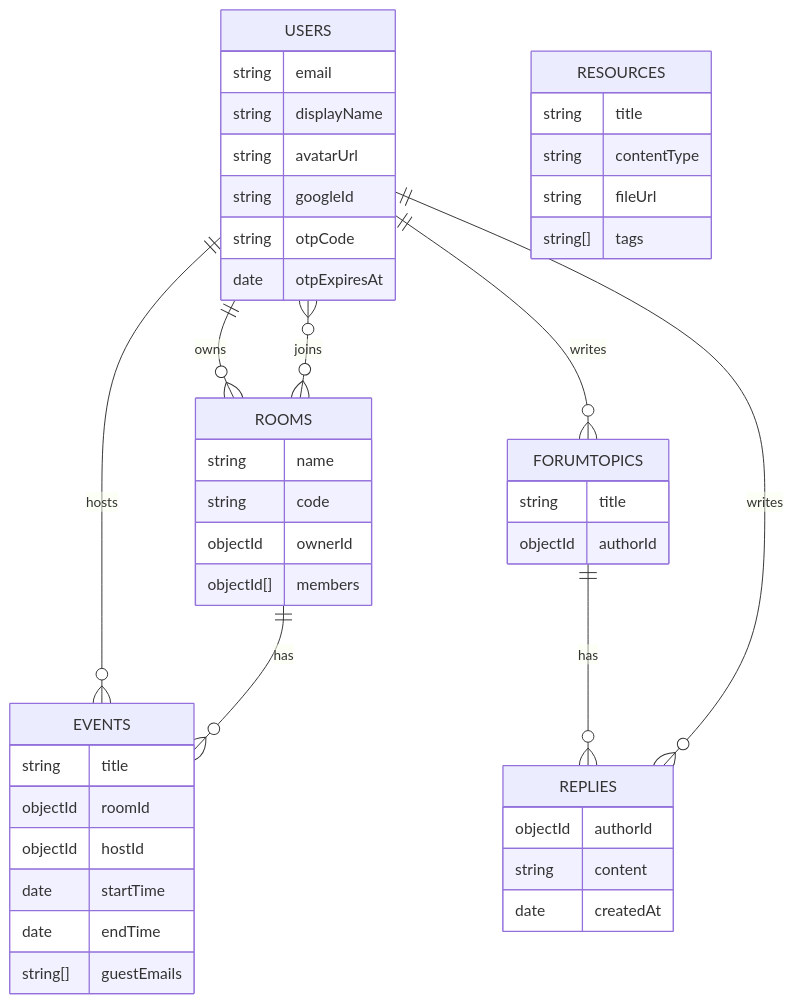
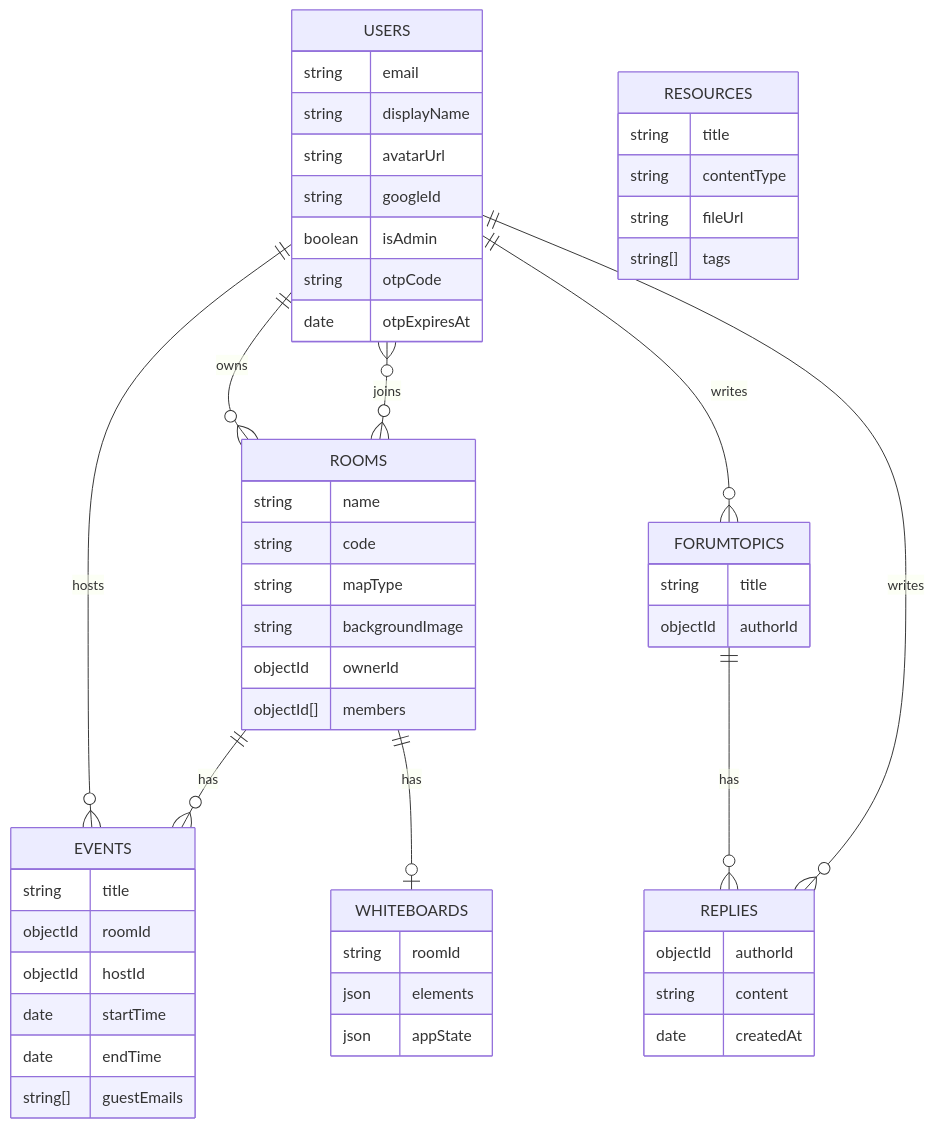
One commit to locpham-gh/the-gathering-03 changed the tenth of 10 diagrams in docs/diagram.md. Above: the diagram before and after it, drawn with Mermaid. The commit also changed other lines of this file and 43 other files, not shown here.

````diff
--- a/docs/diagram.md
+++ b/docs/diagram.md
@@ -154,48 +183,57 @@
 ```mermaid
 erDiagram
 		USERS ||--o{ ROOMS : owns
 		USERS }o--o{ ROOMS : joins
 		USERS ||--o{ EVENTS : hosts
 		ROOMS ||--o{ EVENTS : has
 		USERS ||--o{ FORUMTOPICS : writes
 		FORUMTOPICS ||--o{ REPLIES : has
 		USERS ||--o{ REPLIES : writes
 
 		USERS {
 			string email
 			string displayName
 			string avatarUrl
 			string googleId
+			boolean isAdmin
 			string otpCode
 			date otpExpiresAt
 		}
 		ROOMS {
 			string name
 			string code
+			string mapType
+			string backgroundImage
 			objectId ownerId
 			objectId[] members
+		}
+		WHITEBOARDS {
+			string roomId
+			json elements
+			json appState
 		}
 		EVENTS {
 			string title
 			objectId roomId
 			objectId hostId
 			date startTime
 			date endTime
 			string[] guestEmails
 		}
 		FORUMTOPICS {
 			string title
 			objectId authorId
 		}
 		REPLIES {
 			objectId authorId
 			string content
 			date createdAt
 		}
 		RESOURCES {
 			string title
 			string contentType
 			string fileUrl
 			string[] tags
 		}
+		ROOMS ||--o| WHITEBOARDS : has
 ```
````
